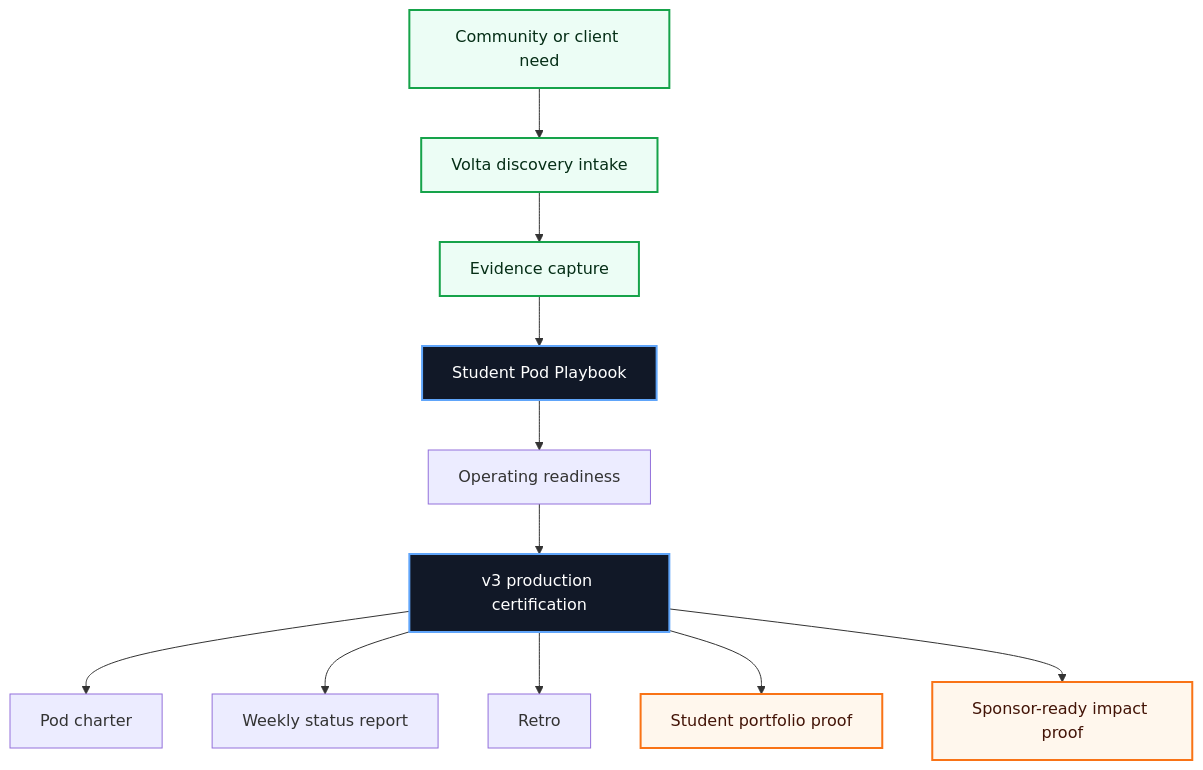
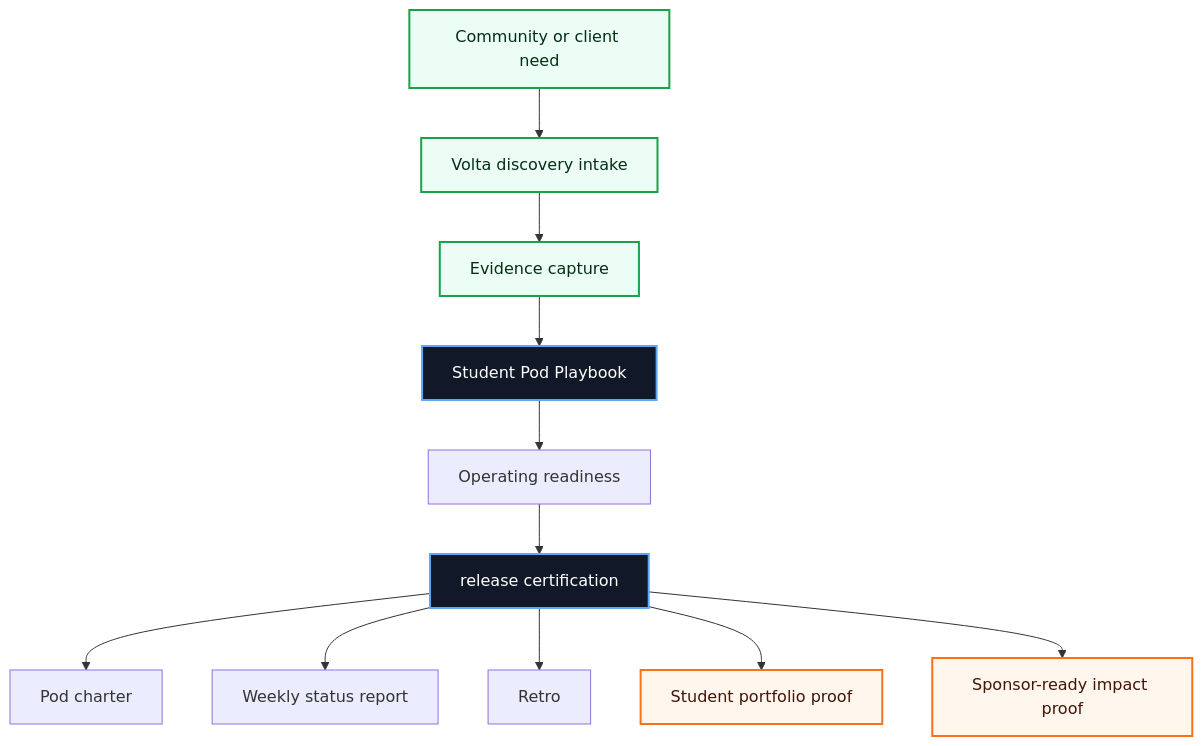
Before and after one commit to volta-npo/student-pod-playbook: the first of 3 diagrams in README.md, drawn with Mermaid. The commit also changed other lines of this file and 28 other files, not shown here.

````diff
--- a/README.md
+++ b/README.md
@@ -43,20 +43,20 @@
 ```mermaid
 flowchart TD
     Need["Community or client need"] --> Intake["Volta discovery intake"]
     Intake --> Evidence["Evidence capture"]
     Evidence --> Workbench["Student Pod Playbook"]
     Workbench --> Score["Operating readiness"]
-    Score --> Cert["v3 production certification"]
+    Score --> Cert["release certification"]
     Cert --> A1["Pod charter"]
     Cert --> A2["Weekly status report"]
     Cert --> A3["Retro"]
     Cert --> Student["Student portfolio proof"]
     Cert --> Sponsor["Sponsor-ready impact proof"]
 
     classDef volta fill:#111827,stroke:#60a5fa,color:#ffffff,stroke-width:2px;
     classDef equity fill:#ecfdf5,stroke:#16a34a,color:#052e16,stroke-width:2px;
     classDef proof fill:#fff7ed,stroke:#f97316,color:#431407,stroke-width:2px;
     class Workbench,Cert volta;
     class Need,Intake,Evidence equity;
     class Student,Sponsor proof;
 ```
````
